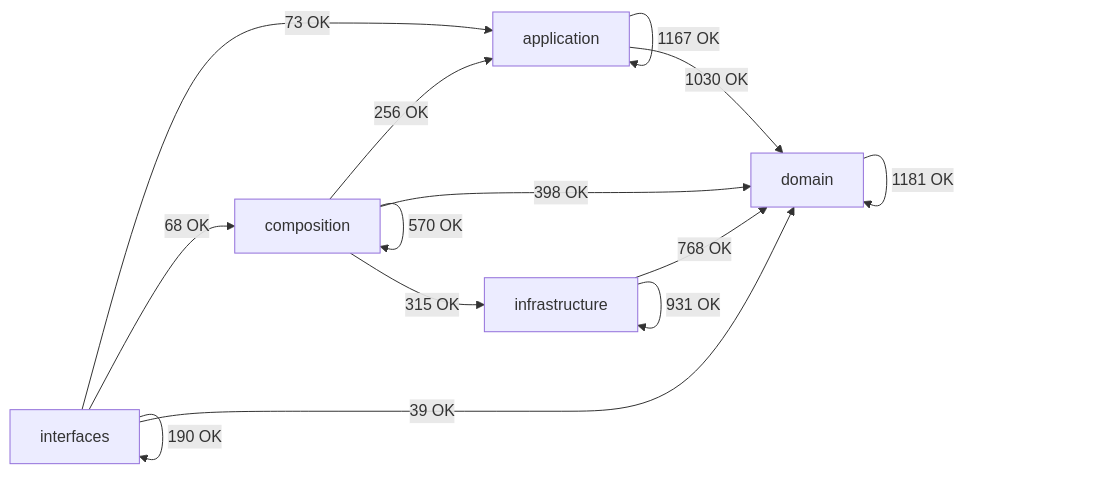
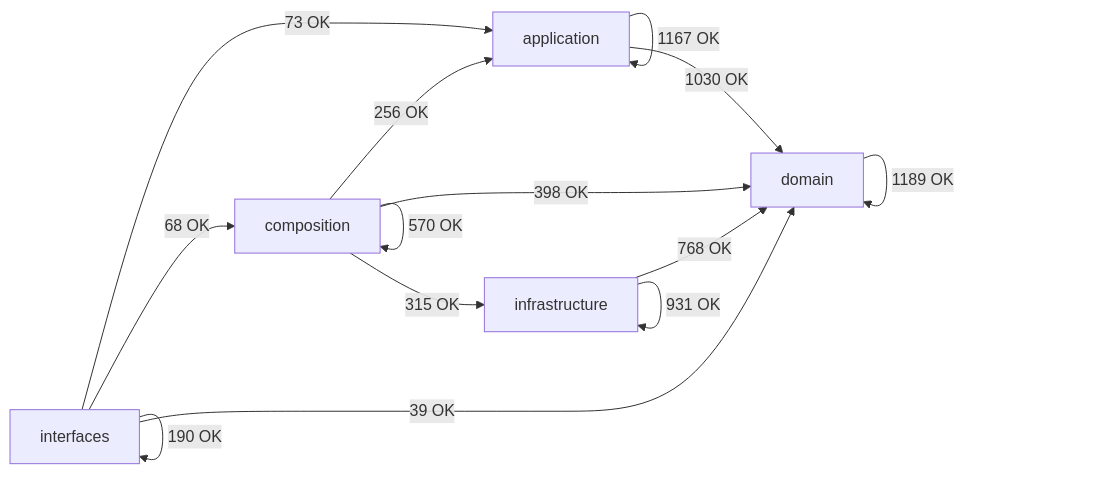
The diagram in docs/02-architecture/generated/module-dependency-map.md (SatoryKono/BioactivityDataAcquisition), drawn with Mermaid before and after one commit. The commit also changed other lines of this file and 35 other files, not shown here.

````diff
--- a/docs/02-architecture/generated/module-dependency-map.md
+++ b/docs/02-architecture/generated/module-dependency-map.md
@@ -17,21 +17,21 @@
 ```mermaid
 flowchart LR
     domain[domain]
     application[application]
     infrastructure[infrastructure]
     composition[composition]
     interfaces[interfaces]
     application -->|1167 OK| application
     application -->|1030 OK| domain
     composition -->|256 OK| application
     composition -->|570 OK| composition
     composition -->|398 OK| domain
     composition -->|315 OK| infrastructure
-    domain -->|1181 OK| domain
+    domain -->|1189 OK| domain
     infrastructure -->|768 OK| domain
     infrastructure -->|931 OK| infrastructure
     interfaces -->|73 OK| application
     interfaces -->|68 OK| composition
     interfaces -->|39 OK| domain
     interfaces -->|190 OK| interfaces
 ```
````
